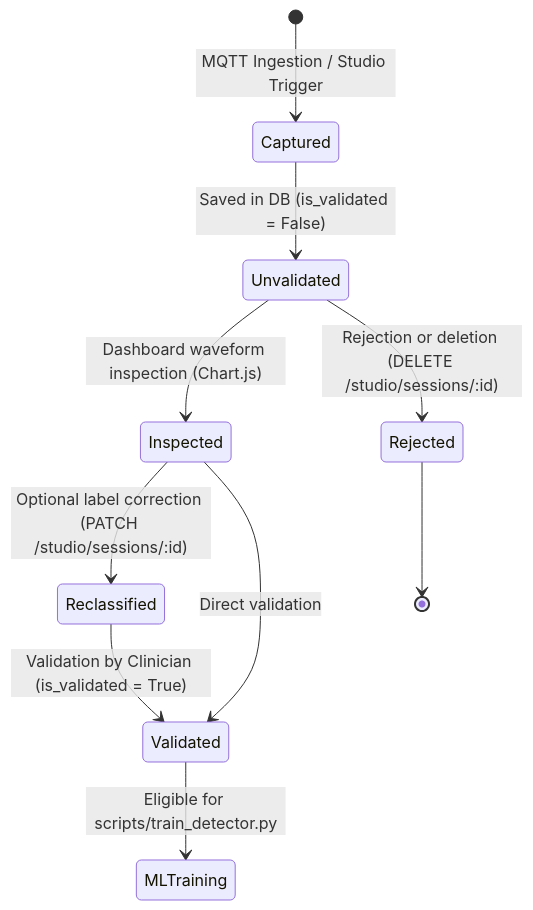
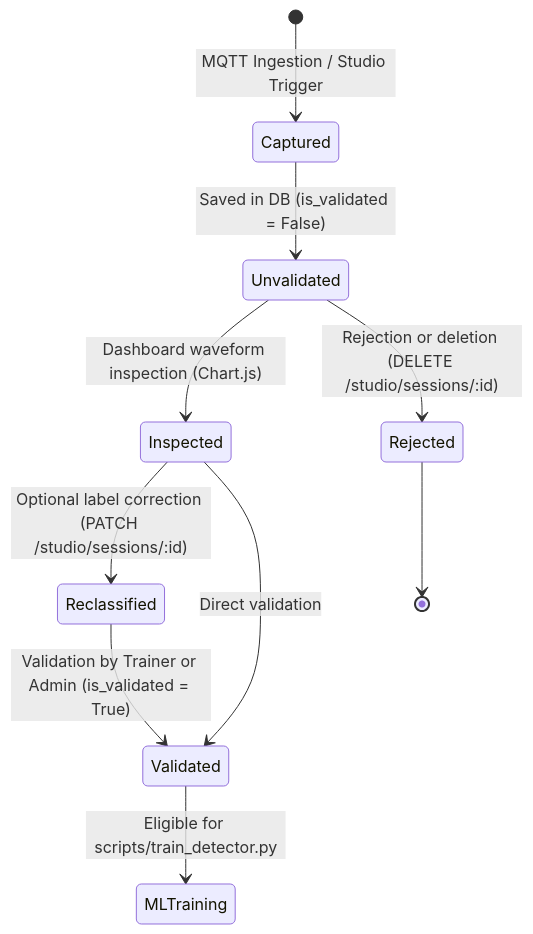
Before and after one commit to daverck/health-kicks-ecosystem: the second of 2 diagrams in docs/architecture/invariants.md, drawn with Mermaid. The commit also changed other lines of this file and 3 other files, not shown here.

````diff
--- a/docs/architecture/invariants.md
+++ b/docs/architecture/invariants.md
@@ -39,12 +39,12 @@
 ```mermaid
 stateDiagram-v2
     [*] --> Captured: MQTT Ingestion / Studio Trigger
     Captured --> Unvalidated: Saved in DB (is_validated = False)
     Unvalidated --> Inspected: Dashboard waveform inspection (Chart.js)
     Inspected --> Reclassified: Optional label correction (PATCH /studio/sessions/:id)
-    Reclassified --> Validated: Validation by Clinician (is_validated = True)
+    Reclassified --> Validated: Validation by Trainer or Admin (is_validated = True)
     Inspected --> Validated: Direct validation
     Validated --> MLTraining: Eligible for scripts/train_detector.py
     Unvalidated --> Rejected: Rejection or deletion (DELETE /studio/sessions/:id)
     Rejected --> [*]
 ```
````
